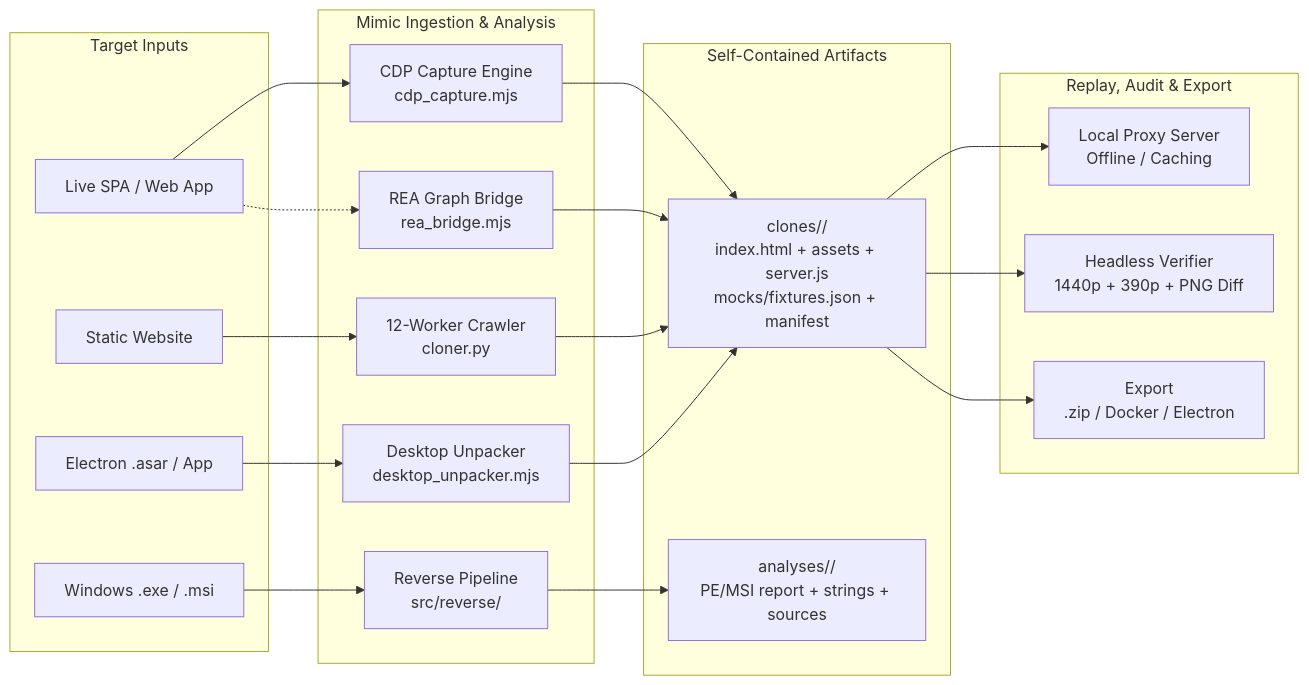
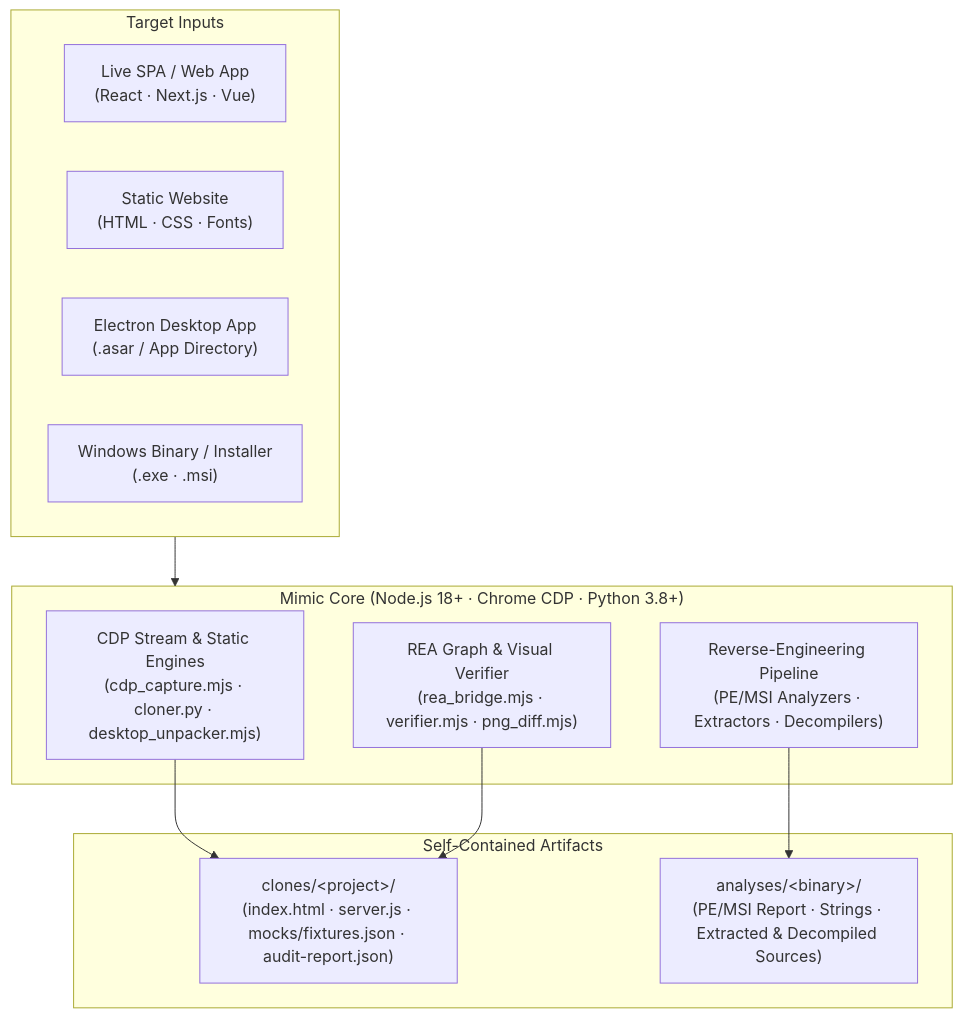
One commit to LukaG712/Mimic changed the diagram in README.md. Above: the diagram before and after it, drawn with Mermaid. The commit also changed other lines of this file, not shown here.

Commit message:
docs: restructure README to match CortexMD layout and visual craft

````diff
--- a/README.md
+++ b/README.md
@@ -88,44 +82,25 @@
 ```mermaid
-flowchart LR
+flowchart TB
     subgraph Inputs["Target Inputs"]
-        W["Live SPA / Web App"]
-        S["Static Website"]
-        E["Electron .asar / App"]
-        B["Windows .exe / .msi"]
+        Web["Live SPA / Web App\n(React · Next.js · Vue)"]
+        Static["Static Website\n(HTML · CSS · Fonts)"]
+        Electron["Electron Desktop App\n(.asar / App Directory)"]
+        Binary["Windows Binary / Installer\n(.exe · .msi)"]
     end
 
-    subgraph Engines["Mimic Ingestion & Analysis"]
-        CDP["CDP Capture Engine\ncdp_capture.mjs"]
-        PY["12-Worker Crawler\ncloner.py"]
-        ASAR["Desktop Unpacker\ndesktop_unpacker.mjs"]
-        REV["Reverse Pipeline\nsrc/reverse/"]
-        REA["REA Graph Bridge\nrea_bridge.mjs"]
+    subgraph Core["Mimic Core (Node.js 18+ · Chrome CDP · Python 3.8+)"]
+        Capture["CDP Stream &amp; Static Engines\n(cdp_capture.mjs · cloner.py · desktop_unpacker.mjs)"]
+        REA["REA Graph &amp; Visual Verifier\n(rea_bridge.mjs · verifier.mjs · png_diff.mjs)"]
+        Reverse["Reverse-Engineering Pipeline\n(PE/MSI Analyzers · Extractors · Decompilers)"]
     end
 
-    subgraph Artifacts["Self-Contained Artifacts"]
-        CLONE["clones/<project>/\nindex.html + assets + server.js\nmocks/fixtures.json + manifest"]
-        AN["analyses/<binary>/\nPE/MSI report + strings + sources"]
+    subgraph Output["Self-Contained Artifacts"]
+        Clones["clones/&lt;project&gt;/\n(index.html · server.js · mocks/fixtures.json · audit-report.json)"]
+        Analyses["analyses/&lt;binary&gt;/\n(PE/MSI Report · Strings · Extracted &amp; Decompiled Sources)"]
     end
 
-    subgraph Runtime["Replay, Audit & Export"]
-        SRV["Local Proxy Server\nOffline / Caching"]
-        VER["Headless Verifier\n1440p + 390p + PNG Diff"]
-        EXP["Export\n.zip / Docker / Electron"]
-    end
-
-    W --> CDP
-    W -.-> REA
-    S --> PY
-    E --> ASAR
-    B --> REV
-
-    CDP --> CLONE
-    PY --> CLONE
-    ASAR --> CLONE
-    REA --> CLONE
-    REV --> AN
-
-    CLONE --> SRV
-    CLONE --> VER
-    CLONE --> EXP
+    Inputs --> Core
+    Capture --> Clones
+    REA --> Clones
+    Reverse --> Analyses
 ```
````
